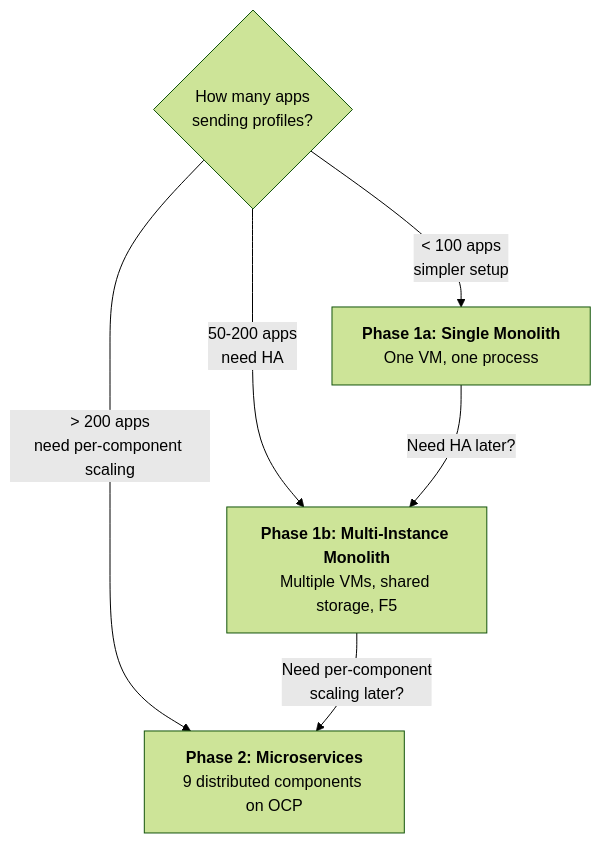
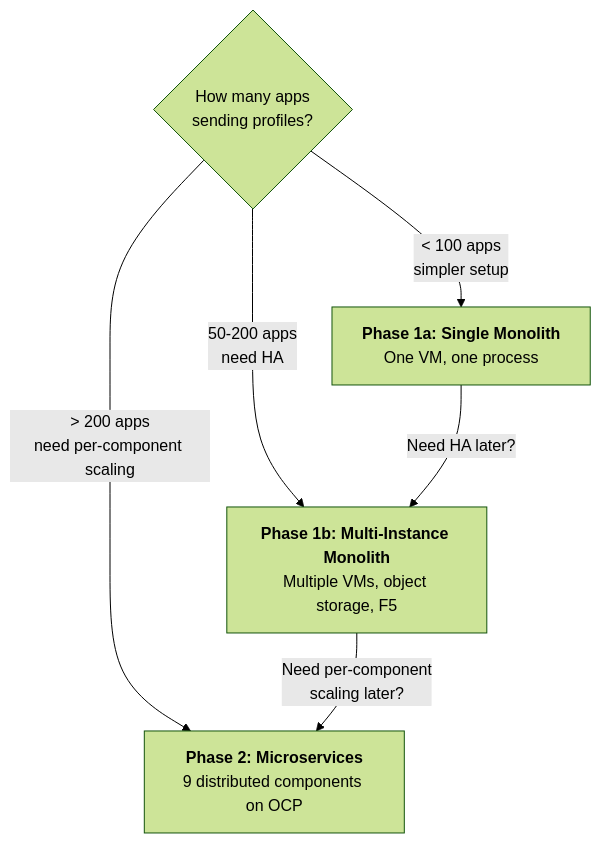
One commit to aff0gat000/pyroscope changed the second of 15 diagrams in docs/deployment-guide.md. Above: the diagram before and after it, drawn with Mermaid (forest theme). The commit also changed other lines of this file and 5 other files, not shown here.

First line of the commit message:
Replace NFS/shared filesystem with object storage for multi-instance monolith

````diff
--- a/docs/deployment-guide.md
+++ b/docs/deployment-guide.md
@@ -45,9 +45,9 @@
 ```mermaid
 graph TD
     A{How many apps<br/>sending profiles?} -->|"< 100 apps<br/>simpler setup"| B["<b>Phase 1a: Single Monolith</b><br/>One VM, one process"]
-    A -->|"50-200 apps<br/>need HA"| D["<b>Phase 1b: Multi-Instance Monolith</b><br/>Multiple VMs, shared storage, F5"]
+    A -->|"50-200 apps<br/>need HA"| D["<b>Phase 1b: Multi-Instance Monolith</b><br/>Multiple VMs, object storage, F5"]
     A -->|"> 200 apps<br/>need per-component scaling"| C["<b>Phase 2: Microservices</b><br/>9 distributed components on OCP"]
 
     B -->|"Need HA later?"| D
     D -->|"Need per-component<br/>scaling later?"| C
 ```
````
